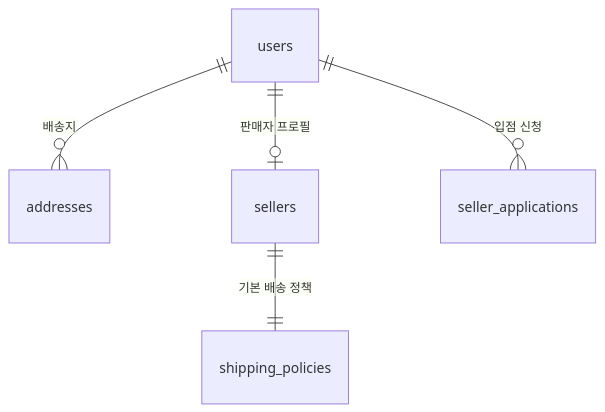
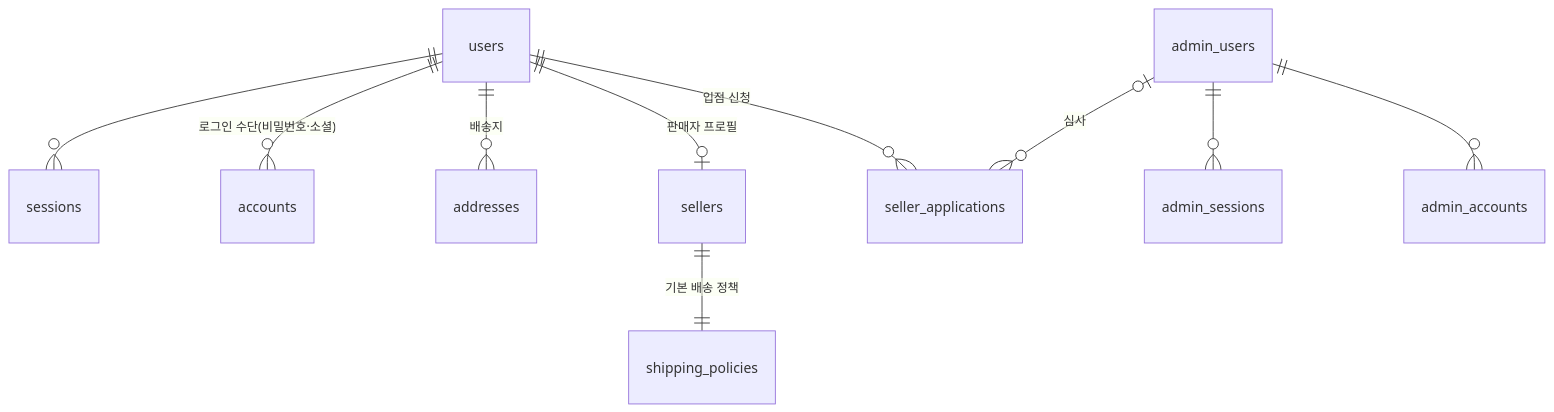
Before and after one commit to learn-shop-fullstack/shop-sim-api: the first of 6 diagrams in db/ERD.md, drawn with Mermaid. The commit also changed other lines of this file, not shown here.

First line of the commit message:
docs: ERD 회원·판매자 테이블 (Better Auth 반영) (#19)

````diff
--- a/db/ERD.md
+++ b/db/ERD.md
@@ -32,7 +32,12 @@
 ```mermaid
 erDiagram
+    users ||--o{ sessions : ""
+    users ||--o{ accounts : "로그인 수단(비밀번호·소셜)"
     users ||--o{ addresses : "배송지"
     users ||--o| sellers : "판매자 프로필"
     users ||--o{ seller_applications : "입점 신청"
+    admin_users ||--o{ admin_sessions : ""
+    admin_users ||--o{ admin_accounts : ""
+    admin_users |o--o{ seller_applications : "심사"
     sellers ||--|| shipping_policies : "기본 배송 정책"
 ```
````
